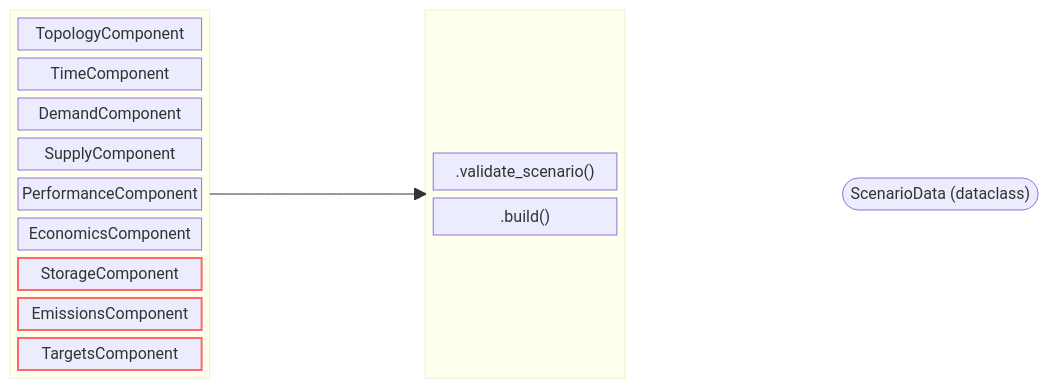
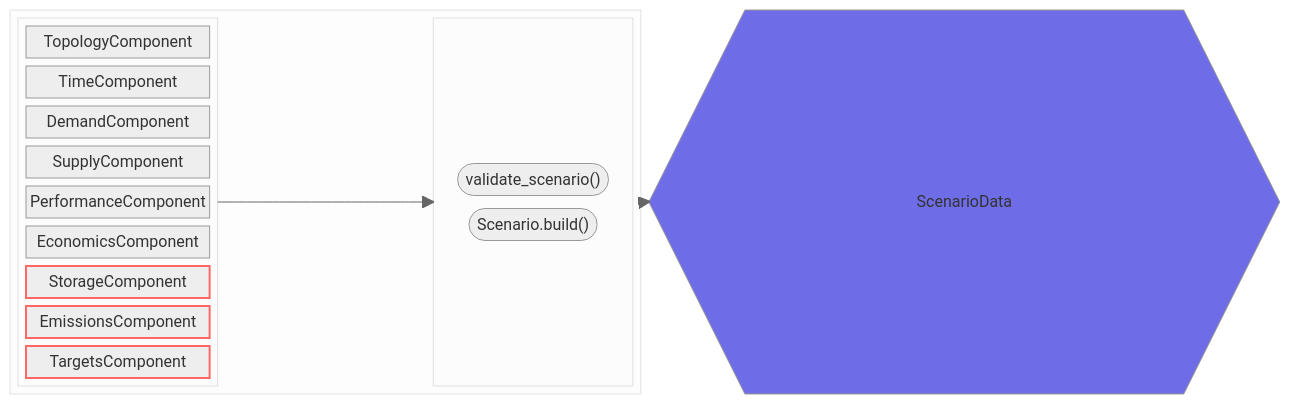
One commit to esemsc-as4623/pypsa-playground changed the second of 2 diagrams in pyoscomp/README.md. Above: the diagram before and after it, drawn with Mermaid. The commit also changed other lines of this file, not shown here.

Commit message:
update README user flow diagrams

````diff
--- a/pyoscomp/README.md
+++ b/pyoscomp/README.md
@@ -2,34 +29,44 @@
 ```mermaid
+---
+config:
+    theme: 'neutral'
+---
 block
+    columns 2
+    block:scenario
+        columns 3
+        block:group1
+            columns 1
+            T1["TopologyComponent"]
+            T2["TimeComponent"]
+            T3["DemandComponent"]
+            T4["SupplyComponent"]
+            T5["PerformanceComponent"]
+            T6["EconomicsComponent"]
+            T7["StorageComponent"]
+            T8["EmissionsComponent"]
+            T9["TargetsComponent"]
+        end
 
-    columns 5
-    block:group1
-        columns 1
-        T1["TopologyComponent"]
-        T2["TimeComponent"]
-        T3["DemandComponent"]
-        T4["SupplyComponent"]
-        T5["PerformanceComponent"]
-        T6["EconomicsComponent"]
-        T7["StorageComponent"]
-        T8["EmissionsComponent"]
-        T9["TargetsComponent"]
+        classDef TODO color:#f66,stroke:#f66,stroke-width:2px
+        class T7 TODO
+        class T8 TODO
+        class T9 TODO
+
+        space
+
+        block:group2
+            columns 1
+            space:3
+            S1(["validate_scenario()"])
+            S2(["Scenario.build()"])
+            space:3
+        end
+
+        group1 --> group2
     end
+    scenario --> D{{"ScenarioData"}}
 
-    classDef TODO color:#f66,stroke:#f66,stroke-width:2px
-    class T7 TODO
-    class T8 TODO
-    class T9 TODO
-
-    space
-    block:scenario
-        columns 1
-        space:3
-        S1[".validate_scenario()"]
-        S2[".build()"]
-        space:3
-    end
-    group1 --> scenario
-    space
-    D(["ScenarioData (dataclass)"])
+    classDef dataclass fill:#6e6ce6,color:#fff
+    class D dataclass
 ```
````
